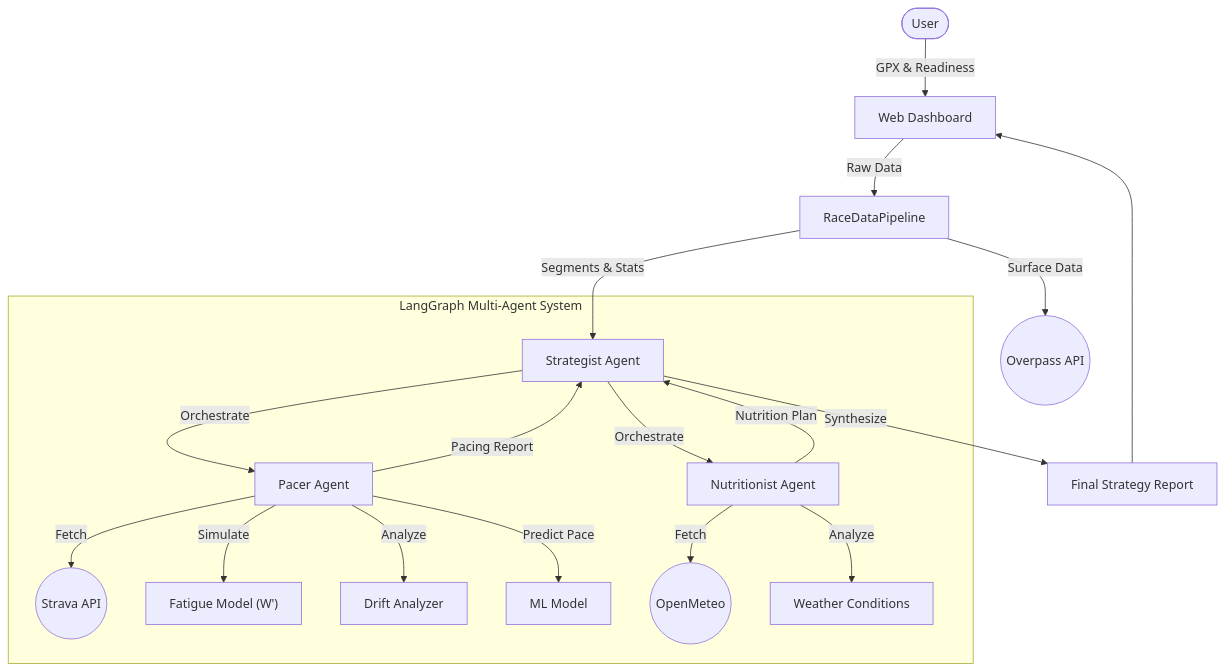
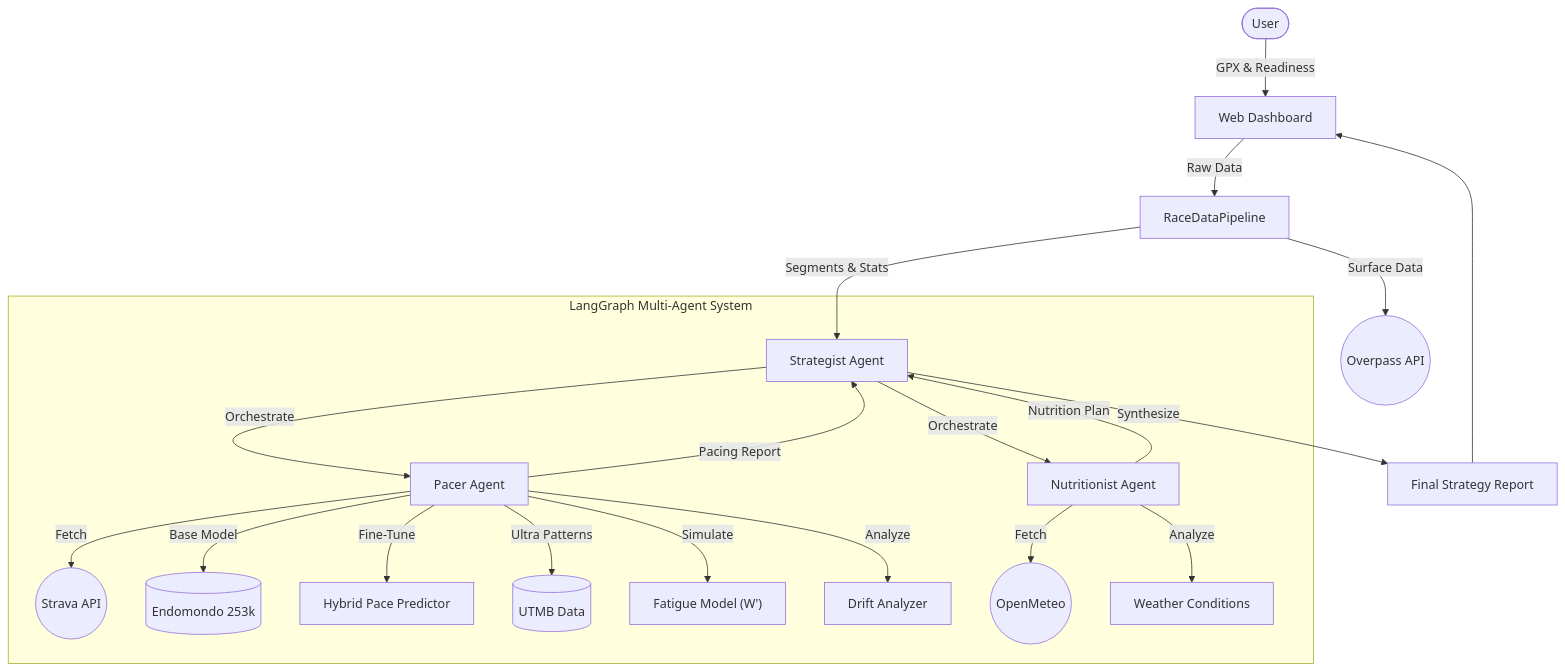
Before and after one commit to omarmorsli/ultra-trail-strategist: the first of 2 diagrams in README.md, drawn with Mermaid. The commit also changed other lines of this file, not shown here.

Commit message:
docs: update README to V4 with hybrid pace predictor features

````diff
--- a/README.md
+++ b/README.md
@@ -85,26 +130,28 @@
 ```mermaid
 graph TD
     User([User]) -->|GPX & Readiness| Dashboard[Web Dashboard]
     Dashboard -->|Raw Data| Pipeline[RaceDataPipeline]
     Pipeline -->|Surface Data| Surface((Overpass API))
     Pipeline -->|Segments & Stats| Strategist[Strategist Agent]
     
     subgraph "LangGraph Multi-Agent System"
         Strategist -->|Orchestrate| Pacer[Pacer Agent]
         Strategist -->|Orchestrate| Nutri[Nutritionist Agent]
         
         Pacer -->|Fetch| Strava((Strava API))
+        Pacer -->|Base Model| Endomondo[(Endomondo 253k)]
+        Pacer -->|Fine-Tune| Hybrid[Hybrid Pace Predictor]
+        Pacer -->|Ultra Patterns| UTMB[(UTMB Data)]
         Pacer -->|Simulate| Fatigue["Fatigue Model (W')"]
         Pacer -->|Analyze| Drift[Drift Analyzer]
-        Pacer -->|Predict Pace| ML[ML Model]
         
         Nutri -->|Fetch| Weather((OpenMeteo))
         Nutri -->|Analyze| Conditions[Weather Conditions]
         
         Pacer -->|Pacing Report| Strategist
         Nutri -->|Nutrition Plan| Strategist
     end
     
     Strategist -->|Synthesize| Report[Final Strategy Report]
     Report --> Dashboard
 ```
````
